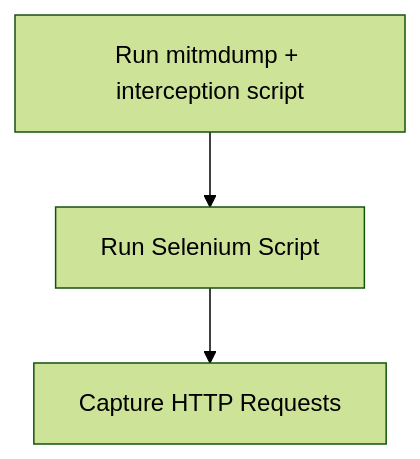
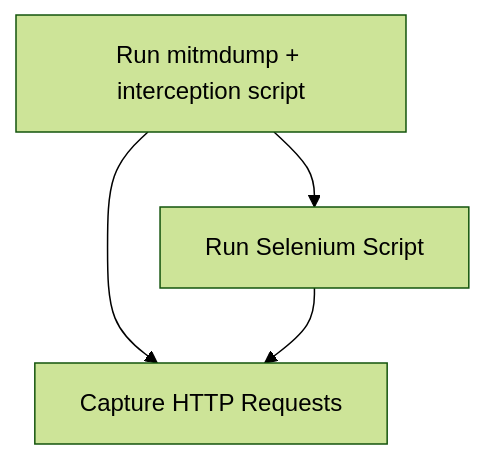
One commit to jonruida/PowerBI_Insights changed the third of 3 diagrams in README.md. Above: the diagram before and after it, drawn with Mermaid (forest theme).

````diff
--- a/README.md
+++ b/README.md
@@ -61,7 +61,8 @@
 ```mermaid
 graph TD;
     B[Run mitmdump + interception script];
+    B --> D
     B --> C[Run Selenium Script];
     C --> D[Capture HTTP Requests];
     
 ```
````
